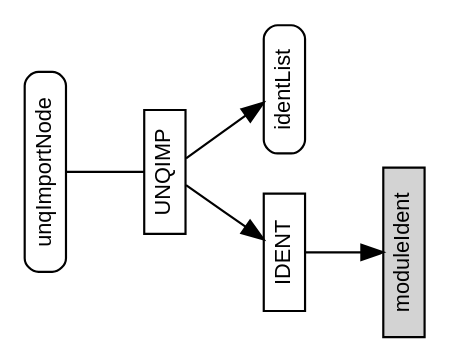
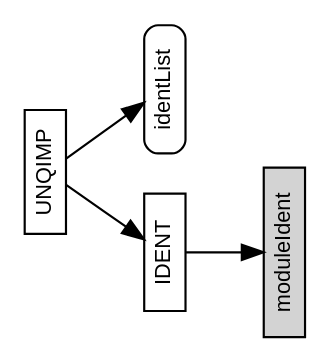
One commit to m2sf/M2-AST-Node-Diagrams changed the diagram in unqimp.dot. Above: the diagram before and after it, drawn with Graphviz.

Commit message:
simplified diagram

```diff
--- a/unqimp.dot
+++ b/unqimp.dot
@@ -1,71 +1,67 @@
 /* AST node diagram generator script collection for M2C, M2J and M2Sharp.
  *
  * Copyright (c) 2016 The Modula-2 Software Foundation
  *
  * Author & Maintainer: Benjamin Kowarsch <org.m2sf>
  *
  * @synopsis
  *
  * The M2C, M2J and M2Sharp compilers are multi-dialect Modula-2 translators
  * and compilers respectively targeting C99, Java/JVM and C#/CLR, sharing a
  * common abstract syntax tree (AST) specification.
  *
  * The AST node diagram generator script collection consists of Graphviz DOT
  * descriptions for all AST node types of the common AST specification.
  *
  * The Graphviz dot utility is required to generate the diagrams. 
  * It may be obtained from http://www.graphviz.org/download.php.
  *
  * @repository
  *
  * https://github.com/m2sf/m2-ast-node-diagrams
  *
  * @file
  *
  * unqimp.dot
  *
  * UNQIMP node diagram.
  *
  * Usage: $ dot unqimp.dot -Tps > unqimp.ps
  *
  * @license
  *
  * This is free software: you can redistribute and/or modify it under the
  * terms of the GNU Lesser General Public License (LGPL) either version 2.1
  * or at your choice version 3 as published by the Free Software Foundation.
  * However, you may not alter the copyright, author and license information.
  *
  * It is distributed in the hope that it will be useful,  but WITHOUT
  * ANY WARRANTY; without even the implied warranty of MERCHANTABILITY or
  * FITNESS FOR A PARTICULAR PURPOSE.  Read the license for more details.
  *
  * You should have received a copy of the GNU Lesser General Public License.
  * If not, see <https://www.gnu.org/copyleft/lesser.html>.
  *
  * NB: Components in the domain part of email addresses are in reverse order.
  */
 
 /*** UNQIMP Node ***/
 
 digraph UNQIMP {
   graph [orientation=landscape,fontname=helvetica];
   node [fontname=helvetica,fontsize=10,shape=box,height=0.25];
   
   node [style=solid];
-  edge [arrowhead=none];
-  unqImportNode -> UNQIMP;
-  unqImportNode [style=rounded];
   edge [arrowhead=normal];
-  
   UNQIMP -> id0;
   id0 [label="IDENT"];
   
   id0 -> { "moduleIdent" };
   moduleIdent [style=filled,fillcolor=lightgrey];
   
   node [style=rounded];
   UNQIMP -> idlist0;
   idlist0 [label="identList"];
 }
 
 /* END OF FILE */
```
